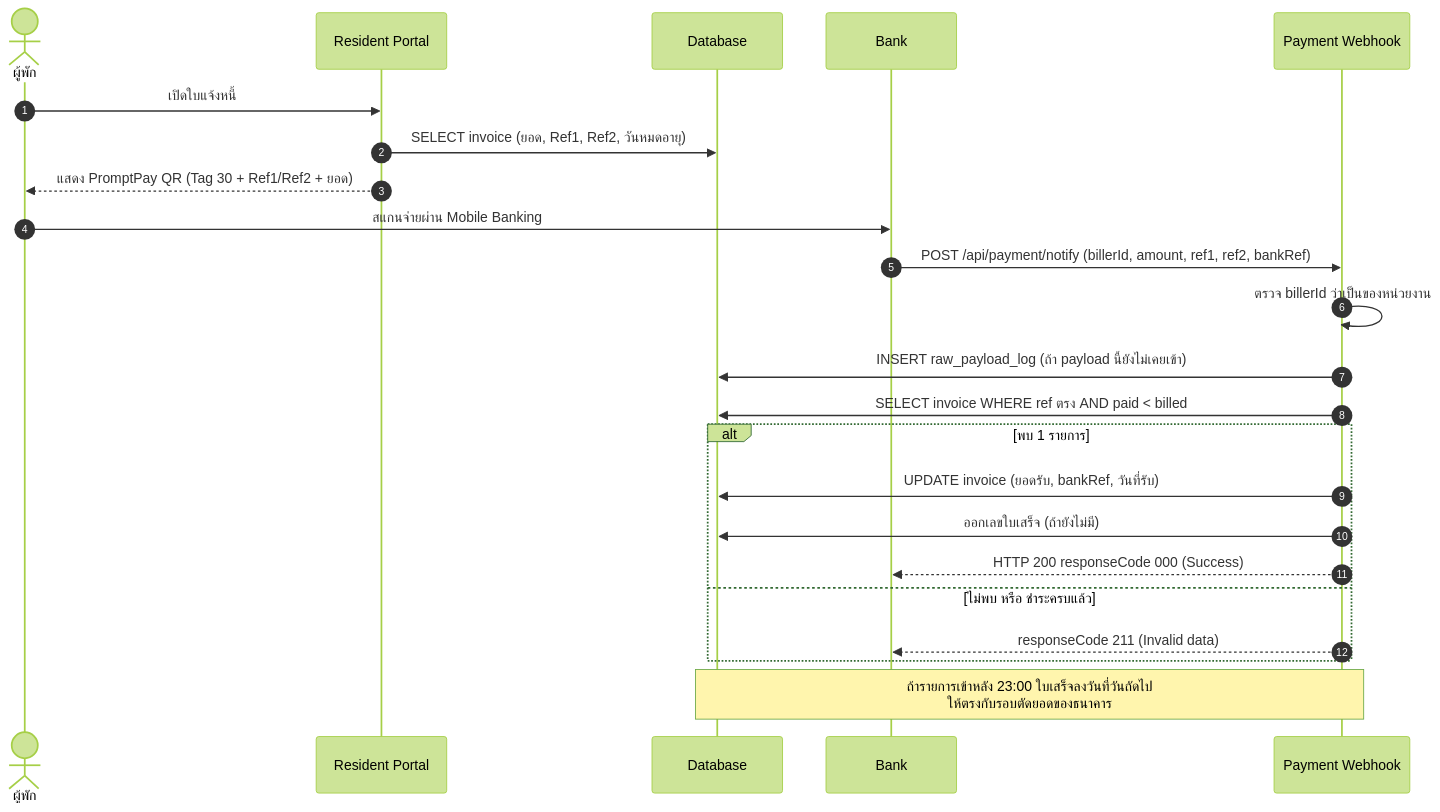
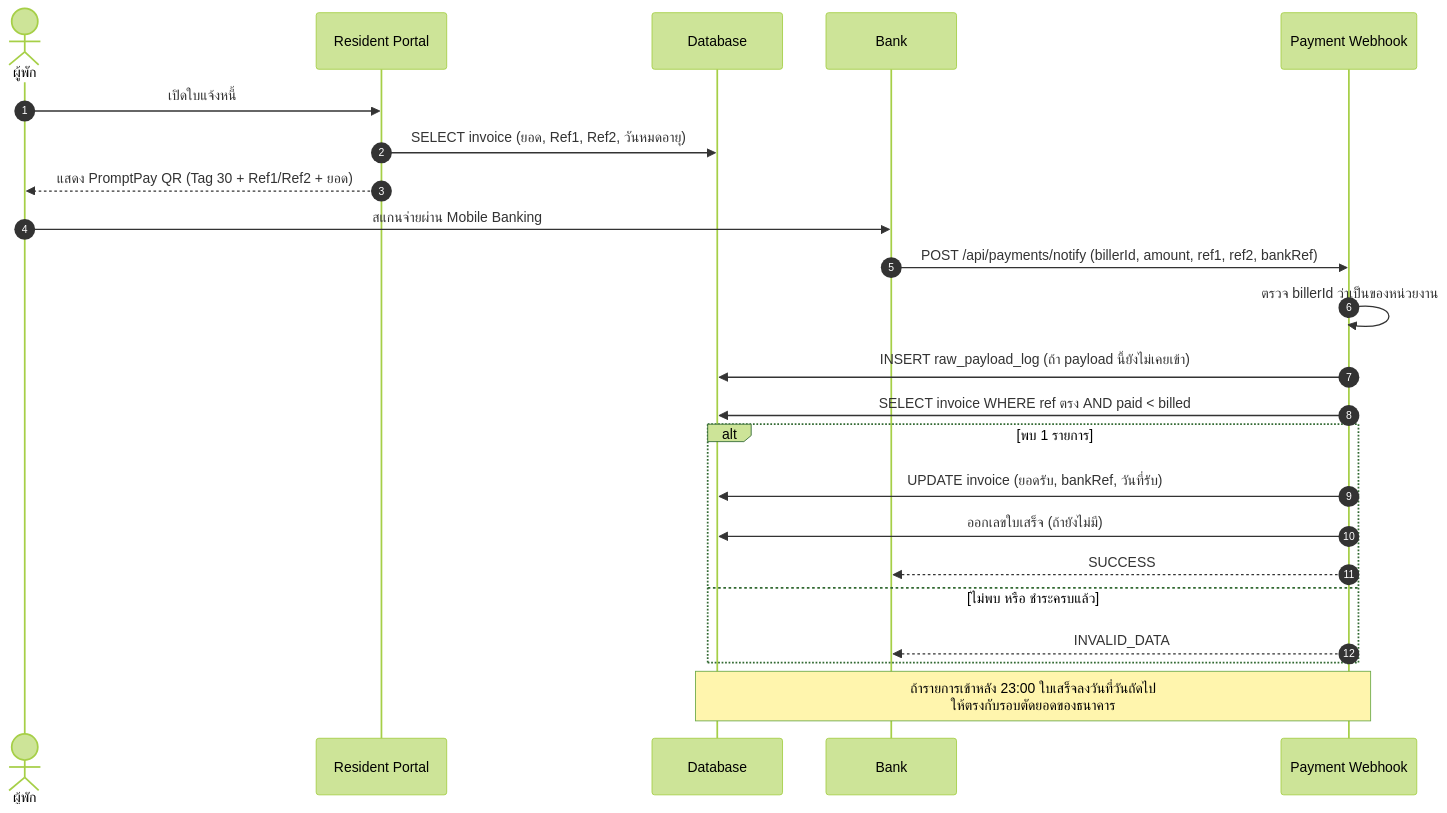
One commit to NekoYanaki/dormitory-management-architecture changed the third of 5 diagrams in README.md. Above: the diagram before and after it, drawn with Mermaid (forest theme). The commit also changed other lines of this file and 1 other file, not shown here.

````diff
--- a/README.md
+++ b/README.md
@@ -115,26 +117,26 @@
 ```mermaid
 sequenceDiagram
     autonumber
     actor R as ผู้พัก
     participant P as Resident Portal
     participant DB as Database
     participant B as Bank
     participant W as Payment Webhook
 
     R->>P: เปิดใบแจ้งหนี้
     P->>DB: SELECT invoice (ยอด, Ref1, Ref2, วันหมดอายุ)
     P-->>R: แสดง PromptPay QR (Tag 30 + Ref1/Ref2 + ยอด)
     R->>B: สแกนจ่ายผ่าน Mobile Banking
-    B->>W: POST /api/payment/notify (billerId, amount, ref1, ref2, bankRef)
+    B->>W: POST /api/payments/notify (billerId, amount, ref1, ref2, bankRef)
     W->>W: ตรวจ billerId ว่าเป็นของหน่วยงาน
     W->>DB: INSERT raw_payload_log (ถ้า payload นี้ยังไม่เคยเข้า)
     W->>DB: SELECT invoice WHERE ref ตรง AND paid < billed
     alt พบ 1 รายการ
         W->>DB: UPDATE invoice (ยอดรับ, bankRef, วันที่รับ)
         W->>DB: ออกเลขใบเสร็จ (ถ้ายังไม่มี)
-        W-->>B: HTTP 200 responseCode 000 (Success)
+        W-->>B: SUCCESS
     else ไม่พบ หรือ ชำระครบแล้ว
-        W-->>B: responseCode 211 (Invalid data)
+        W-->>B: INVALID_DATA
     end
     Note over W,DB: ถ้ารายการเข้าหลัง 23:00 ใบเสร็จลงวันที่วันถัดไป<br/>ให้ตรงกับรอบตัดยอดของธนาคาร
 ```
````
